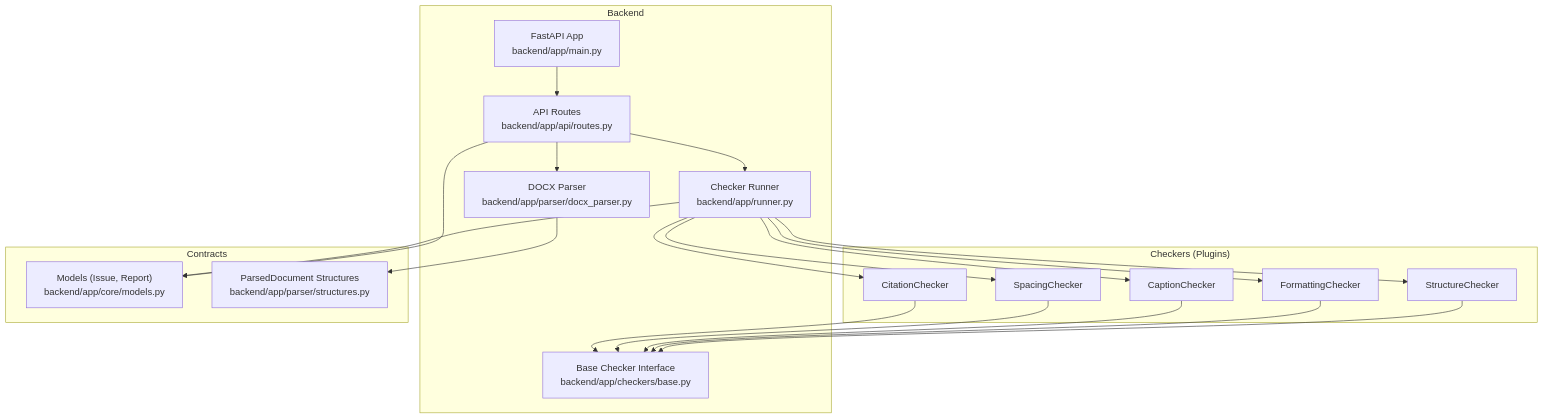
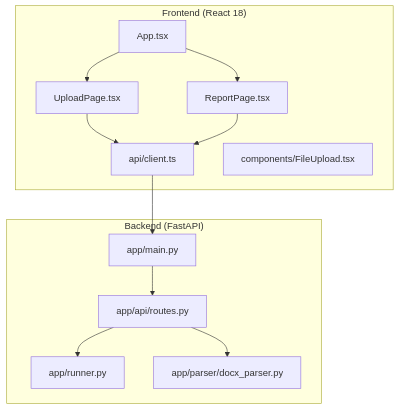
The first of 6 diagrams in .qoder/repowiki/en/content/Project Overview.md (geekeraman/dissertation-checker), drawn with Mermaid before and after one commit. The commit also changed other lines of this file and 88 other files, not shown here.

Commit message:
feat: enhance all checkers with GOST 7.32-2017 requirements — heading centering, paragraph indent, page breaks, Kazakh caption format, citation consistency, abstract word count, fix parser bugs (Twips, false sections)

````diff
--- a/.qoder/repowiki/en/content/Project Overview.md
+++ b/.qoder/repowiki/en/content/Project Overview.md
@@ -47,37 +50,24 @@
 ```mermaid
 graph TB
-subgraph "Backend"
-A["FastAPI App<br/>backend/app/main.py"]
-B["API Routes<br/>backend/app/api/routes.py"]
-C["Checker Runner<br/>backend/app/runner.py"]
-D["DOCX Parser<br/>backend/app/parser/docx_parser.py"]
-E["Base Checker Interface<br/>backend/app/checkers/base.py"]
+subgraph "Frontend (React 18)"
+UP["UploadPage.tsx"]
+RP["ReportPage.tsx"]
+APP["App.tsx"]
+AX["api/client.ts"]
+FU["components/FileUpload.tsx"]
 end
-subgraph "Checkers (Plugins)"
-S["StructureChecker"]
-F["FormattingChecker"]
-C1["CaptionChecker"]
-SP["SpacingChecker"]
-CI["CitationChecker"]
+subgraph "Backend (FastAPI)"
+MAIN["app/main.py"]
+ROUTES["app/api/routes.py"]
+RUNNER["app/runner.py"]
+PARSER["app/parser/docx_parser.py"]
 end
-subgraph "Contracts"
-M["Models (Issue, Report)<br/>backend/app/core/models.py"]
-P["ParsedDocument Structures<br/>backend/app/parser/structures.py"]
-end
-A --> B
-B --> D
-B --> C
-C --> S
-C --> F
-C --> C1
-C --> SP
-C --> CI
-D --> P
-S --> E
-F --> E
-C1 --> E
-SP --> E
-CI --> E
-B --> M
-C --> M
+APP --> UP
+APP --> RP
+UP --> AX
+RP --> AX
+AX --> MAIN
+MAIN --> ROUTES
+ROUTES --> PARSER
+ROUTES --> RUNNER
 ```
````
